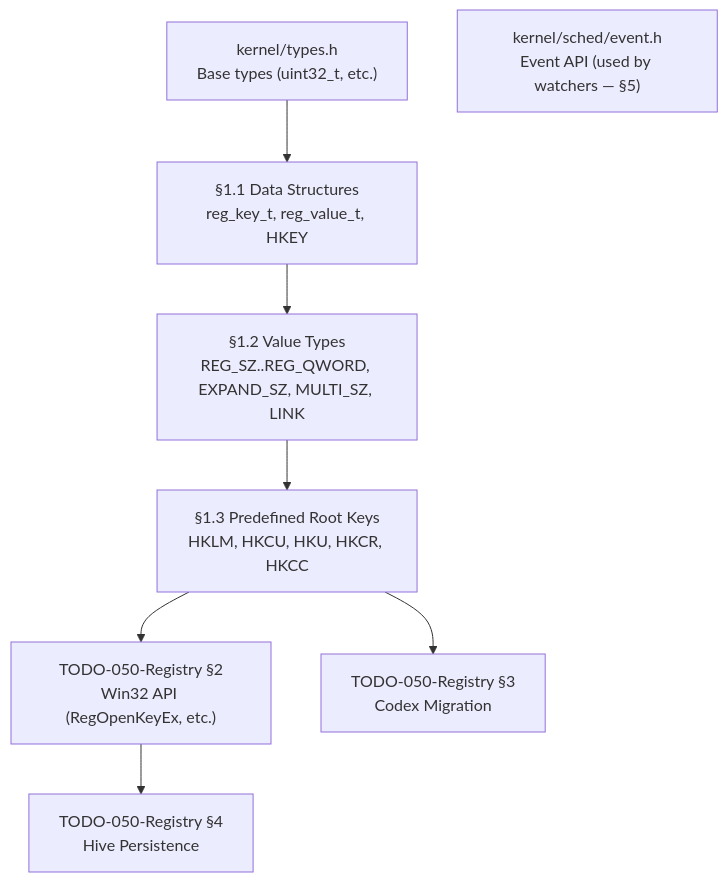
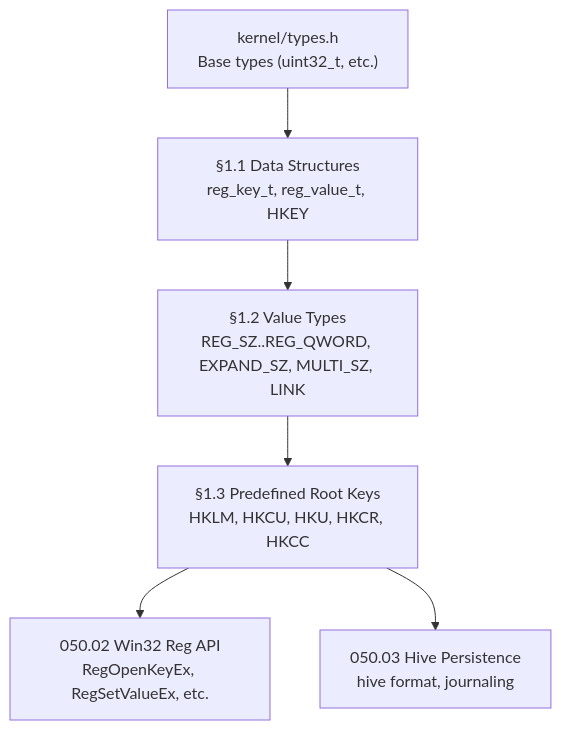
One commit to rizonesoft/impossible-os changed the diagram in todo/010-Kernel-Foundations/TODO-050-Registry/TODO-050.01-Registry-Engine.md. Above: the diagram before and after it, drawn with Mermaid. The commit also changed other lines of this file and 2 other files, not shown here.

First line of the commit message:
todo: validate TODO-050.01 Registry Engine

````diff
--- a/todo/010-Kernel-Foundations/TODO-050-Registry/TODO-050.01-Registry-Engine.md
+++ b/todo/010-Kernel-Foundations/TODO-050-Registry/TODO-050.01-Registry-Engine.md
@@ -22,20 +22,17 @@
 ```mermaid
 graph TD
     TYPES["kernel/types.h<br/>Base types (uint32_t, etc.)"]
-    EVENT["kernel/sched/event.h<br/>Event API (used by watchers — §5)"]
-    
+
     A["§1.1 Data Structures<br/>reg_key_t, reg_value_t, HKEY"]
     B["§1.2 Value Types<br/>REG_SZ..REG_QWORD, EXPAND_SZ, MULTI_SZ, LINK"]
     C["§1.3 Predefined Root Keys<br/>HKLM, HKCU, HKU, HKCR, HKCC"]
-    
-    D["TODO-050-Registry §2<br/>Win32 API (RegOpenKeyEx, etc.)"]
-    E["TODO-050-Registry §3<br/>Codex Migration"]
-    F["TODO-050-Registry §4<br/>Hive Persistence"]
-    
+
+    D["050.02 Win32 Reg API<br/>RegOpenKeyEx, RegSetValueEx, etc."]
+    E["050.03 Hive Persistence<br/>hive format, journaling"]
+
     TYPES --> A
     A --> B
     B --> C
     C --> D
     C --> E
-    D --> F
 ```
````
